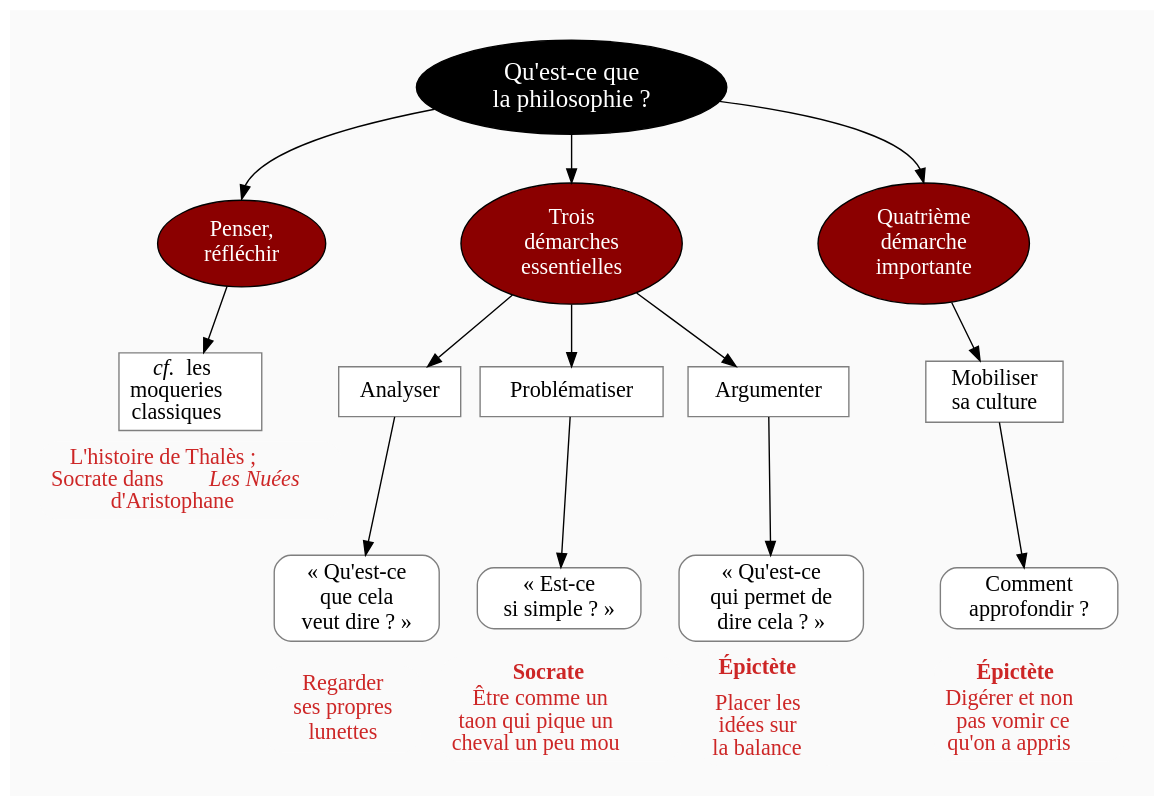
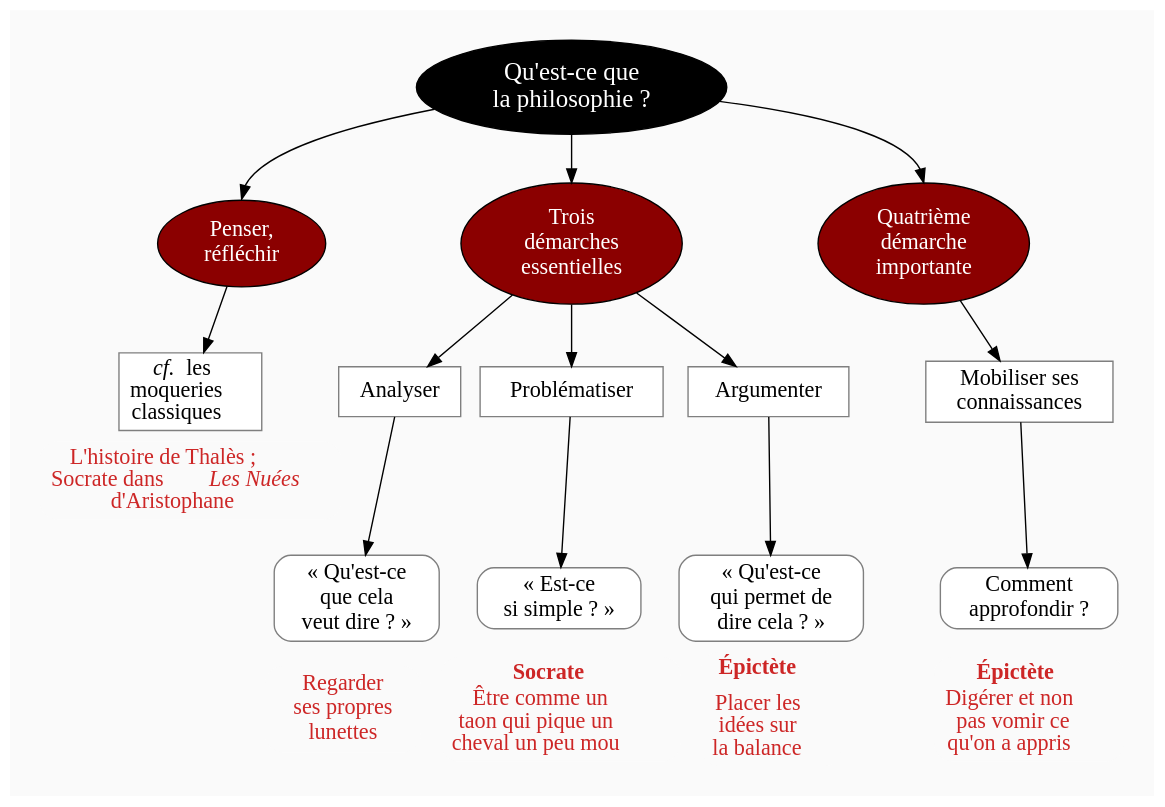
One commit to eyssette/graphviz-examples changed the diagram in diagram/introduction-philosophie-21.dot. Above: the diagram before and after it, drawn with Graphviz. The commit also changed 1 other file, not shown here.

```diff
--- a/diagram/introduction-philosophie-21.dot
+++ b/diagram/introduction-philosophie-21.dot
@@ -1,135 +1,135 @@
 digraph G {
 //rankdir=LR
 splines=true
 //splines=curved
 bgcolor=grey98
 pad=0.3
 style=filled
 edge[minlen=4]
 ranksep=0.1
 nodesep=0.2 // valeur à changer ?
 
 // NIVEAU 1
 node[style=filled; fillcolor=12 ; fontcolor=white ; fontsize=18]
 // a1[label=""]
 a1[label="Qu'est-ce que
 la philosophie ?"]
 
 
 
 // NIVEAU 2
 node[style=filled;fillcolor=red4;fontcolor=white; fontsize=16]
 // b1[label=""]
 a1->{
 b1[label="Penser,
 réfléchir"]
 b2[label="Trois
 démarches
 essentielles"]    
 b3[label="Quatrième
 démarche
 importante"]
 }[headport=n]
 
 {rank=same;b1->b2->b3[style=invis, minlen=7]}
 
 // NIVEAU 3 (sans intermédiaire)
 node [shape=box; style=filled;fillcolor=white;fontcolor=black;color=grey50]
 // c1[label=""]
 b1->c1
 c1[label=<<i>cf.</i>  les<br/>
 moqueries<br/>
 classiques>]
 
 b2->{c2,c3,c4}
 c2[label="Analyser"]
 c3[label="Problématiser"]
 c4[label="Argumenter"]
 
 b3->c5
-c5[label="Mobiliser
-sa culture"]
+c5[label="Mobiliser ses
+connaissances"]
 
 {rank=same;c1->c2[style=invis]}
 {rank=same;c4->c5[style=invis]}
 
 // INTERMEDIAIRE AVANT NIVEAU 3
 node[style=filled;fillcolor=grey78;shape=oval]
 // [arrowhead=none]
 // bc1[label=""]
 
 // NIVEAU 3 (avec intermédiaire)
 node[style="filled";fillcolor=white;shape=box;color=grey50]
 // c1[label=""]
 
 // NIVEAU 4
 node[style="filled, rounded";fillcolor=white;shape=box;color=grey50]
 // d1[label=""]
 c2->d1
 d1[label="« Qu'est-ce
 que cela
 veut dire ? »"]
 c3->d2
 d2[label="« Est-ce
 si simple ? »"]
 c4->d3
 d3[label="« Qu'est-ce
 qui permet de
 dire cela ? »"]
 
 c5->d4
 d4[label="Comment
 approfondir ?"]
 
 
 {rank=same;d1->d2->d3[style=invis,minlen=2]}
 {rank=same;d3->d4[style=invis]}
 
 // ETIQUETTES EN ROUGE
 node[shape=plaintext;fontcolor=firebrick3;fillcolor=grey98]
 // e1[label=< <B>= Titre</B><BR /><BR />Contenu<BR /> >]
 // e1[label=""]
 // ->e1[minlen=1;style=invis]
 
 c1->e1[minlen=1;style=invis]
 
 e1[label=<L'histoire de Thalès ;<br/>
 Socrate dans <i>Les Nuées</i><br/>d'Aristophane>]
 
 d1->e2[minlen=1;style=invis]
 e2[label="Regarder
 ses propres
 lunettes"]
 
 d2->e3[minlen=1;style=invis]
 e3[label=<<b>Socrate</b><br/>
 <font point-size="3"><br/></font>
 Être comme un<br/>
 taon qui pique un<br/>
 cheval un peu mou>]
 
 d3->e4[minlen=1;style=invis]
 e4[label=<<b>Épictète</b><br/>
 <font point-size="10"><br/></font>
 Placer les<br/>
 idées sur<br/>
 la balance>]
 
 d4->e5[minlen=1;style=invis]
 e5[label=<<b>Épictète</b><br/>
 <font point-size="3"><br/></font>
 Digérer et non<br/>
 pas vomir ce<br/>
 qu'on a appris>]
 
 
 
 // Remarques
 node[color=blue;shape=box;style=filled;margin=0.07;fontcolor=black;fontsize=13]
 edge[color=blue;arrowhead="none";xlabel="";style=dashed]
 // r1[label=""]
 // {rank=same;->r1}
 // {rank=same;r1->[dir=back]}
 
 
 }
```
